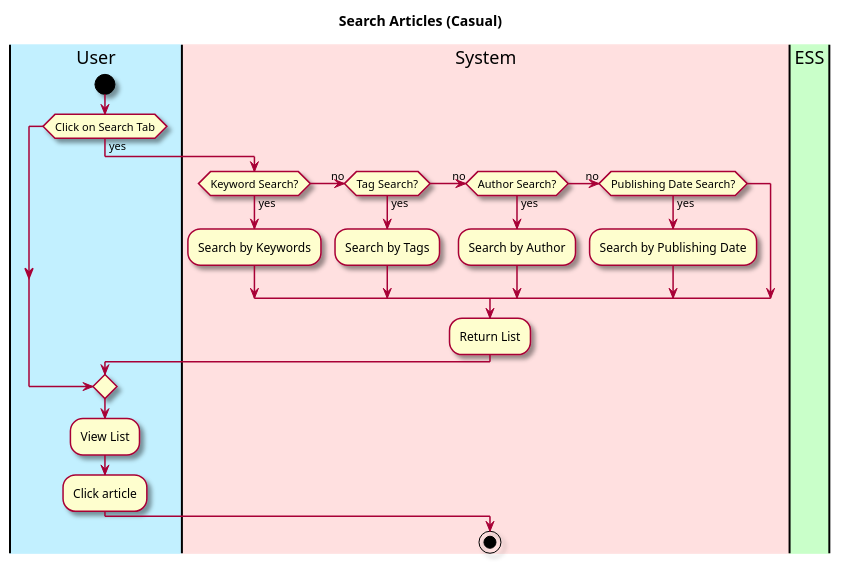
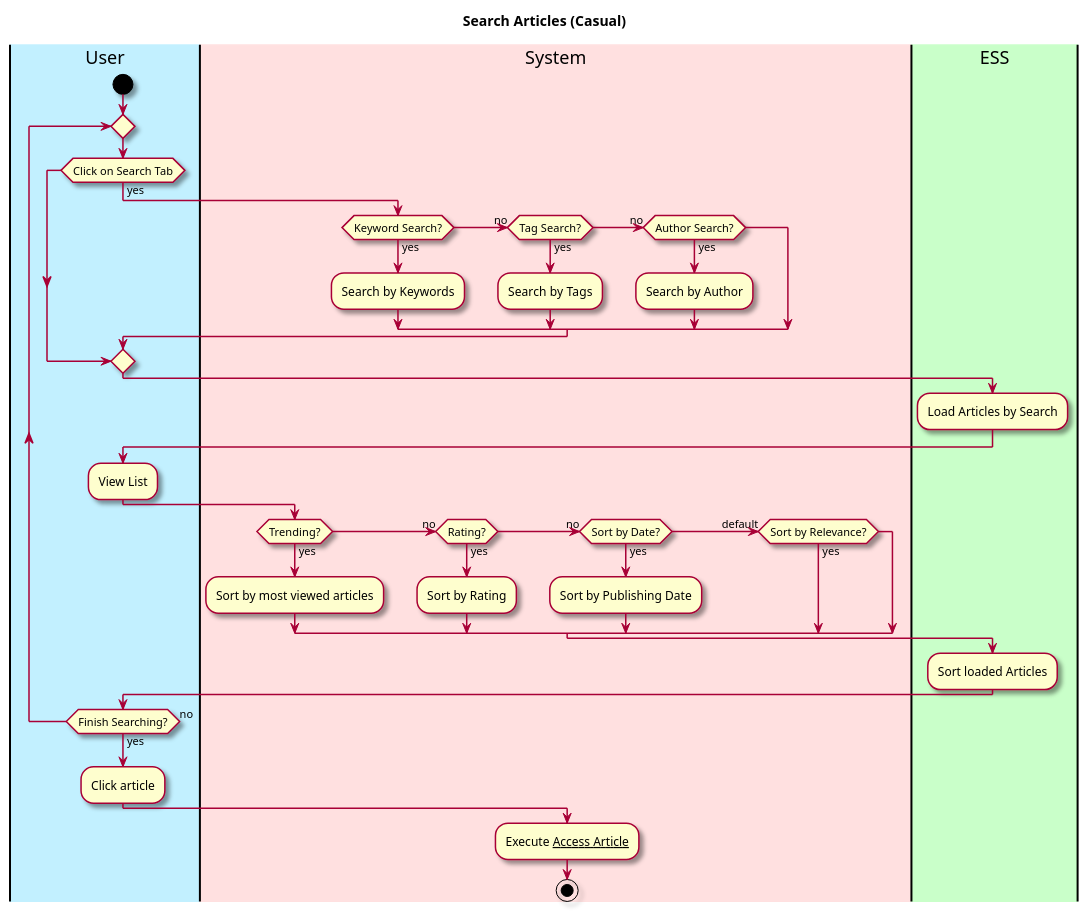
The diagram in intellij/doc/Functional Specification/search-article.md (owhitleym-ui/EcoScoop), drawn with PlantUML before and after one commit. The commit also changed 3 other files, not shown here.

````diff
--- a/intellij/doc/Functional Specification/search-article.md
+++ b/intellij/doc/Functional Specification/search-article.md
@@ -20,35 +20,53 @@
 ```plantuml
 @startuml
 skin rose
 
 title Search Articles (Casual)
 
 'define the lanes
 |#application|User|
 |#implementation|System|
 |#technology|ESS|
 
 |User|
 start
+repeat 
 if (Click on Search Tab) then (yes)
 |System|
     if (Keyword Search?) then (yes)
     :Search by Keywords;
     (no) elseif (Tag Search?) then (yes)
     :Search by Tags;
     (no) elseif (Author Search?) then (yes)
     :Search by Author;
-    (no) elseif (Publishing Date Search?) then (yes)
-    :Search by Publishing Date;
     endif
-:Return List;
+
 endif
+|ESS|
+:Load Articles by Search;
 |User|
 :View List;
+|System|
+    
+    if (Trending?) then (yes)
+    :Sort by most viewed articles;
+    (no) elseif (Rating?) then (yes)
+    :Sort by Rating;
+    (no) elseif (Sort by Date?) then (yes)
+    :Sort by Publishing Date;
+    (default) elseif (Sort by Relevance?) then (yes)
+    endif
+
+|ESS|
+:Sort loaded Articles;
+
+|User|
+
+repeat while (Finish Searching?) is (no) not (yes)
 :Click article;
 
 |System|
-
+:Execute __Access Article__;
 stop
 @enduml
 ```
````
